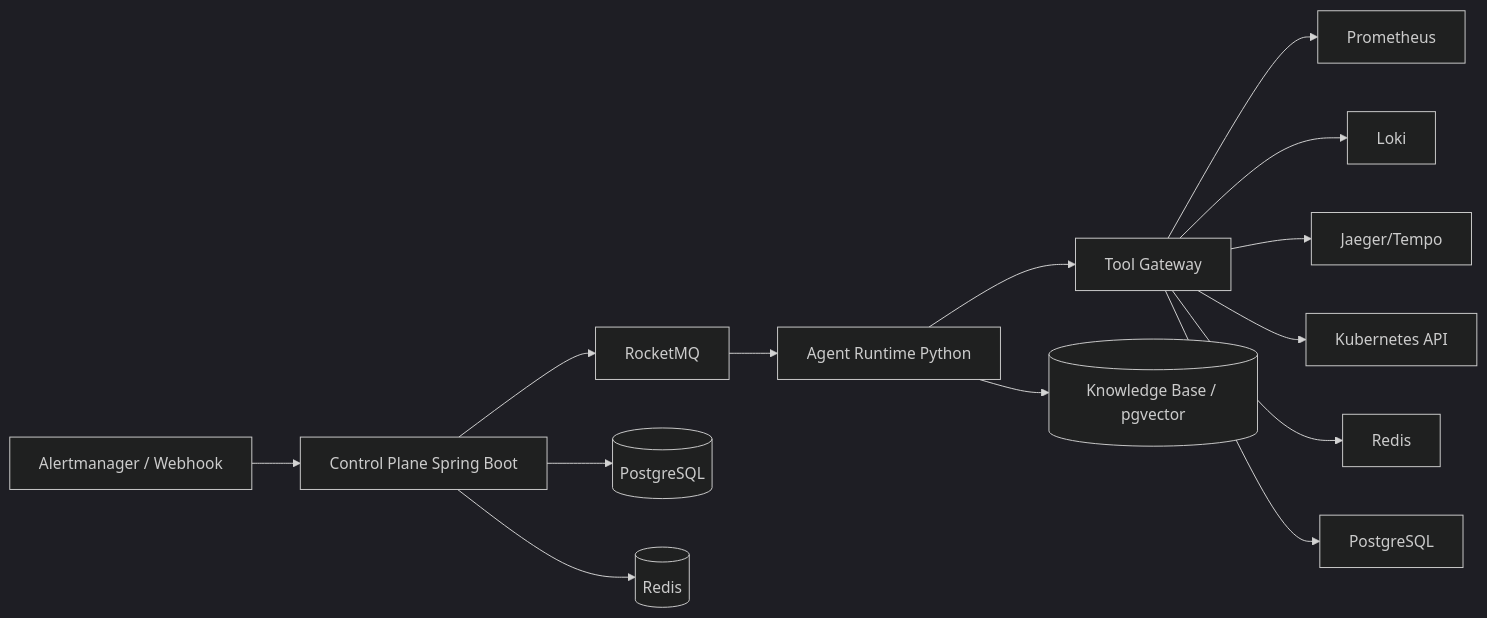
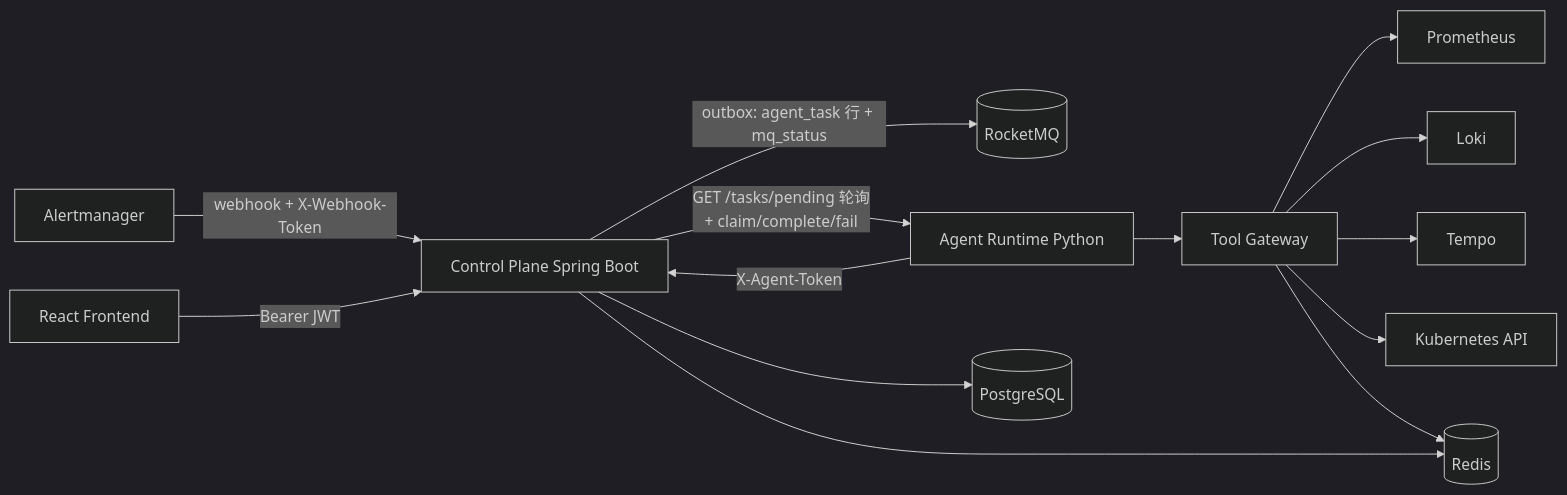
One commit to wuhuh/AI_SRE changed the first of 4 diagrams in docs/architecture.md. Above: the diagram before and after it, drawn with Mermaid (dark theme). The commit also changed other lines of this file and 3 other files, not shown here.

First line of the commit message:
docs: P1-DOC-04/05/06/07 rewrite architecture/security/production-audit to match code

````diff
--- a/docs/architecture.md
+++ b/docs/architecture.md
@@ -5,16 +8,16 @@
 ```mermaid
 flowchart LR
-    A[Alertmanager / Webhook] --> CP[Control Plane Spring Boot]
-    CP --> MQ[RocketMQ]
-    MQ --> AR[Agent Runtime Python]
+    A[Alertmanager] -->|webhook + X-Webhook-Token| CP[Control Plane Spring Boot]
+    CP -->|outbox: agent_task 行 + mq_status| MQ[(RocketMQ)]
+    CP -->|GET /tasks/pending 轮询<br/>+ claim/complete/fail| AR[Agent Runtime Python]
+    AR -->|X-Agent-Token| CP
     AR --> TS[Tool Gateway]
     TS --> P[Prometheus]
     TS --> L[Loki]
-    TS --> J[Jaeger/Tempo]
+    TS --> J[Tempo]
     TS --> K[Kubernetes API]
-    TS --> R[Redis]
-    TS --> D[PostgreSQL]
-    AR --> KB[(Knowledge Base / pgvector)]
+    TS --> R[(Redis)]
     CP --> PG[(PostgreSQL)]
-    CP --> RD[(Redis)]
+    CP --> R
+    F[React Frontend] -->|Bearer JWT| CP
 ```
````
